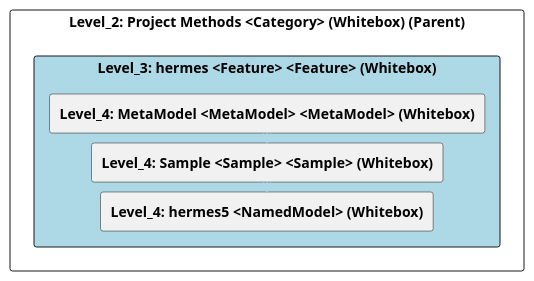
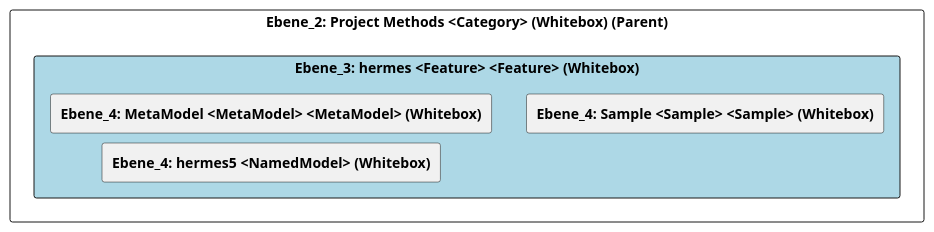
Before and after one commit to marcozwyssig/cleon: the diagram in doc/cleonproject_deliverables_architecture_model_architecture/adoc/de/05_bausteinsicht/cleon/project_methods/hermes/ebene_3_hermes.adoc, drawn with PlantUML. The commit also changed other lines of this file and 150 other files, not shown here.

```diff
--- a/doc/cleonproject_deliverables_architecture_model_architecture/adoc/de/05_bausteinsicht/cleon/project_methods/hermes/ebene_3_hermes.adoc
+++ b/doc/cleonproject_deliverables_architecture_model_architecture/adoc/de/05_bausteinsicht/cleon/project_methods/hermes/ebene_3_hermes.adoc
@@ -20,30 +20,26 @@
-[plantuml, Level_3: hermes <Feature> <Feature> (Whitebox)BlockOverview, format="svg"]
+[plantuml, Ebene_3: hermes <Feature> <Feature> (Whitebox)BlockOverview, format="svg"]
 ----
-@startuml Level_3: hermes <Feature> <Feature> (Whitebox)BuildingBlockOverview
+@startuml Ebene_3: hermes <Feature> <Feature> (Whitebox)BuildingBlockOverview
 
 skinparam ranksep 10
 skinparam componentStyle rectangle
 skinparam shadowing false
 skinparam arrowColor lightblue
 skinparam arrowThickness 1.2
 skinparam rectangle {
   BackgroundColor White
   BorderColor #333
   RoundCorner 10
 }
 top to bottom direction
 
-component "Level_2: Project Methods <Category> (Whitebox) (Parent)" {
-    component "Level_3: hermes <Feature> <Feature> (Whitebox)" #lightblue {
-        [**Level_4: MetaModel <MetaModel> <MetaModel> (Whitebox)**] as 4A570569_D579_11EE_903E_9F564E4DE07E
-        [**Level_4: Sample <Sample> <Sample> (Whitebox)**] as 4A56DE3D_D579_11EE_903E_9F564E4DE07E
-        [**Level_4: hermes5 <NamedModel> (Whitebox)**] as 4A56DE54_D579_11EE_903E_9F564E4DE07E
+component "Ebene_2: Project Methods <Category> (Whitebox) (Parent)" {
+    component "Ebene_3: hermes <Feature> <Feature> (Whitebox)" #lightblue {
+        [**Ebene_4: MetaModel <MetaModel> <MetaModel> (Whitebox)**] as 4A570569_D579_11EE_903E_9F564E4DE07E
+        [**Ebene_4: Sample <Sample> <Sample> (Whitebox)**] as 4A56DE3D_D579_11EE_903E_9F564E4DE07E
+        [**Ebene_4: hermes5 <NamedModel> (Whitebox)**] as 4A56DE54_D579_11EE_903E_9F564E4DE07E
     }
-
-    4A570569_D579_11EE_903E_9F564E4DE07E -down-> 4A56DE3D_D579_11EE_903E_9F564E4DE07E
-    4A56DE3D_D579_11EE_903E_9F564E4DE07E -down-> 4A56DE54_D579_11EE_903E_9F564E4DE07E
-    
 }
 
 @enduml
 ----
```
